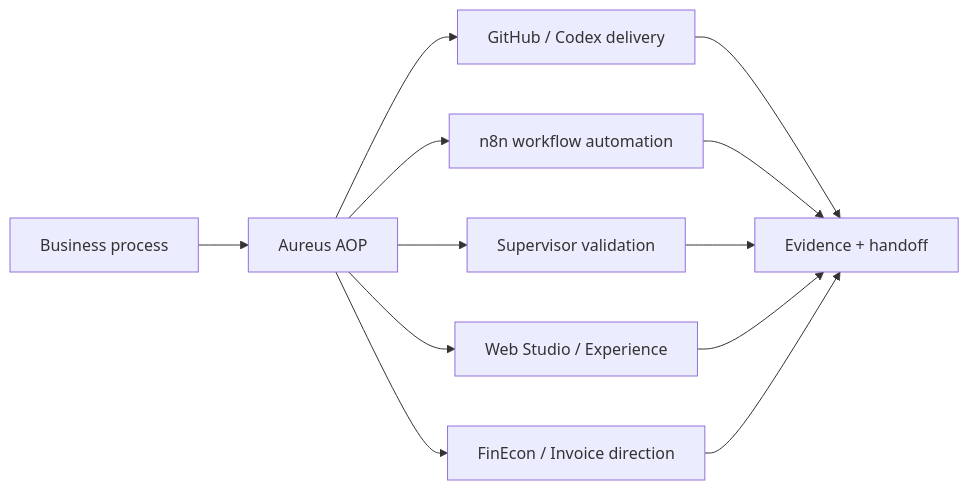
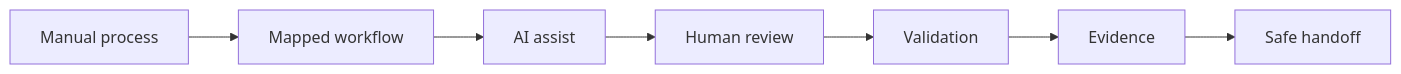
Before and after one commit to Aureus-Automation-Lab/Aureus-Automation-Lab: the diagram in README.md, drawn with Mermaid. The commit also changed other lines of this file and 22 other files, not shown here.

````diff
--- a/README.md
+++ b/README.md
@@ -53,14 +57,9 @@
 ```mermaid
 flowchart LR
-    A[Business process] --> B[Aureus AOP]
-    B --> C[GitHub / Codex delivery]
-    B --> D[n8n workflow automation]
-    B --> E[Supervisor validation]
-    B --> F[Web Studio / Experience]
-    B --> G[FinEcon / Invoice direction]
-    C --> H[Evidence + handoff]
-    D --> H
-    E --> H
-    F --> H
-    G --> H
+    A[Manual process] --> B[Mapped workflow]
+    B --> C[AI assist]
+    C --> D[Human review]
+    D --> E[Validation]
+    E --> F[Evidence]
+    F --> G[Safe handoff]
 ```
````
